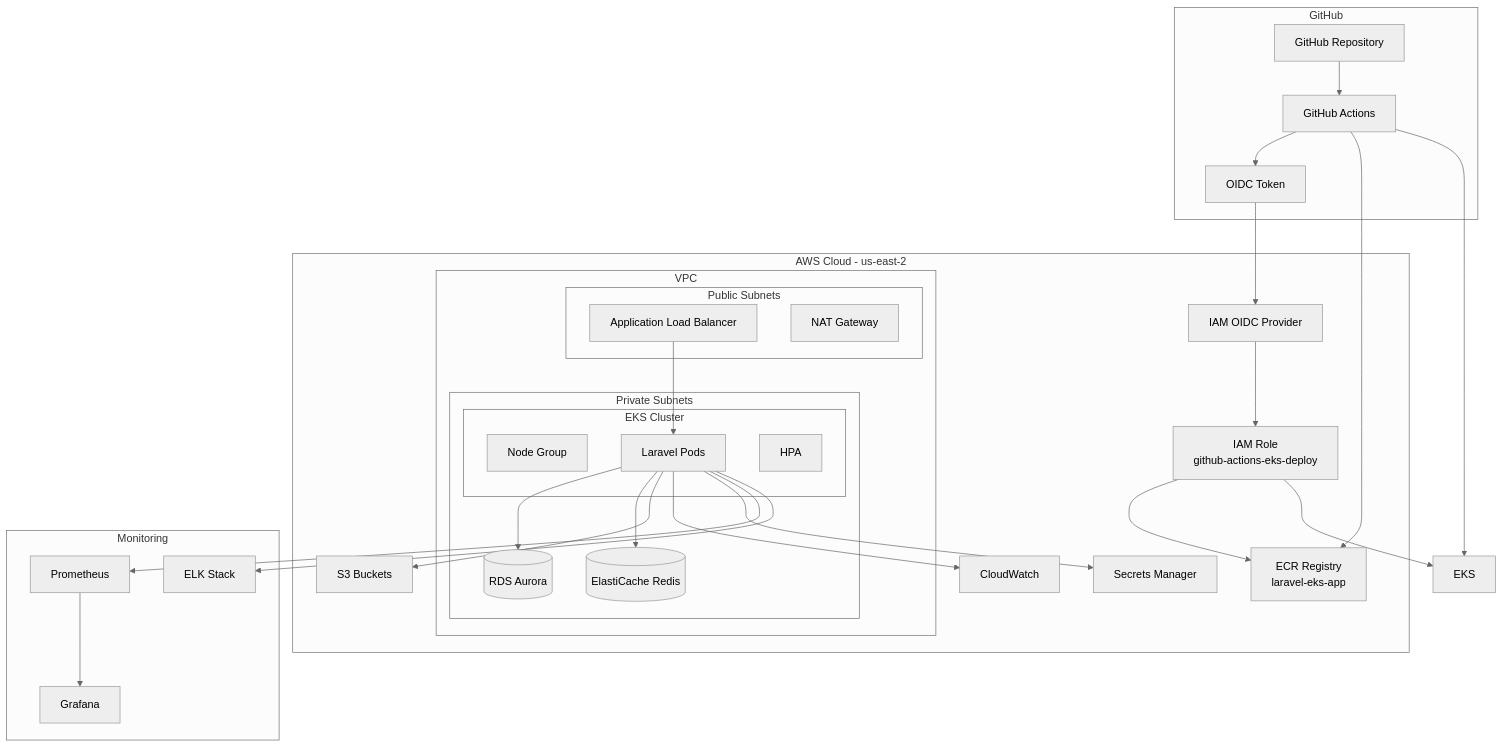
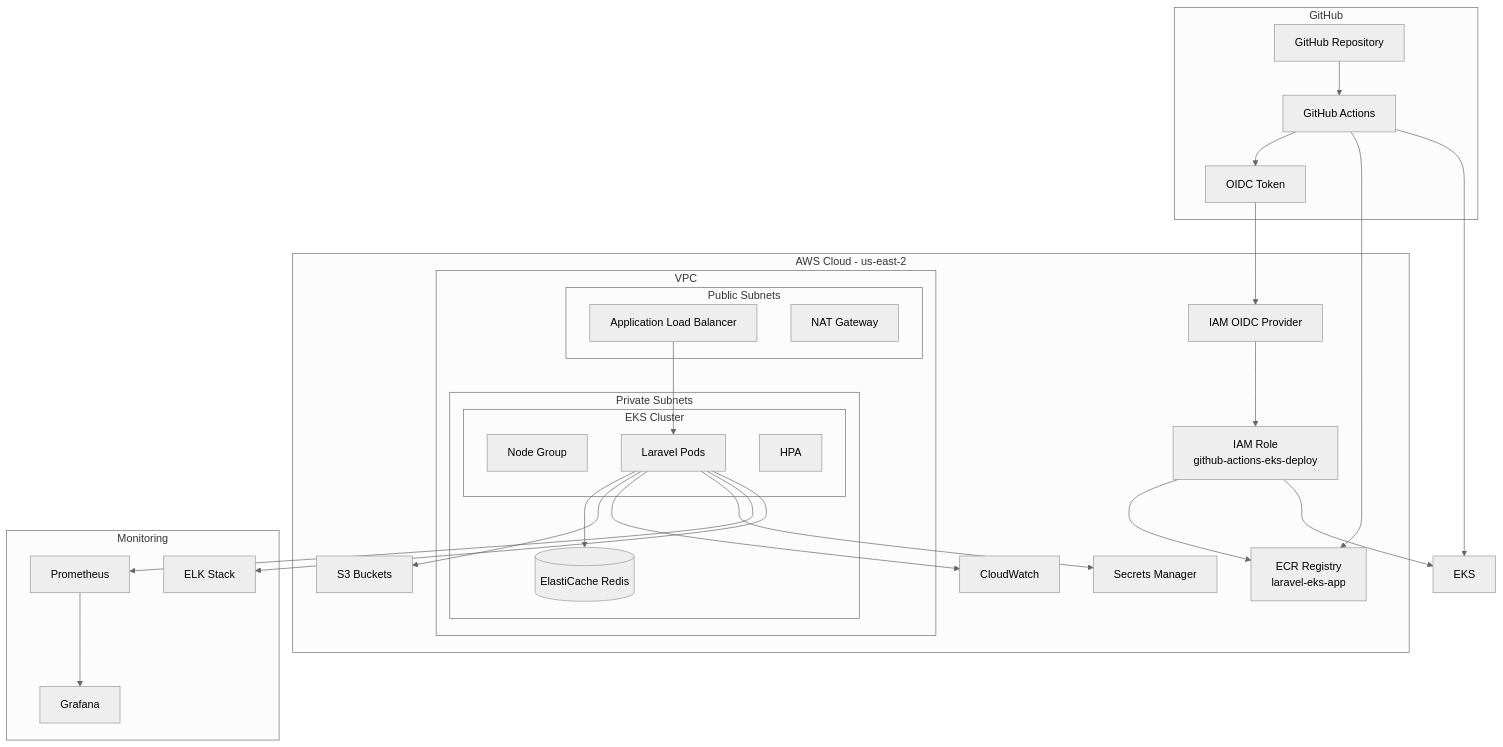
One commit to cristianorodrigues25/eks changed the diagram in README.md. Above: the diagram before and after it, drawn with Mermaid (neutral theme). The commit also changed other lines of this file, not shown here.

````diff
--- a/README.md
+++ b/README.md
@@ -40,60 +39,58 @@
 ```mermaid
 graph TB
     subgraph "GitHub"
         GH[GitHub Repository]
         GA[GitHub Actions]
         OIDC[OIDC Token]
     end
 
     subgraph "AWS Cloud - us-east-2"
         IAM[IAM OIDC Provider]
         ROLE[IAM Role<br/>github-actions-eks-deploy]
 
         subgraph "VPC"
             subgraph "Public Subnets"
                 ALB[Application Load Balancer]
                 NAT[NAT Gateway]
             end
 
             subgraph "Private Subnets"
                 subgraph "EKS Cluster"
                     NG[Node Group]
                     PODS[Laravel Pods]
                     HPA[HPA]
                 end
 
-                RDS[(RDS Aurora)]
                 REDIS[(ElastiCache Redis)]
             end
         end
 
         ECR[ECR Registry<br/>laravel-eks-app]
         S3[S3 Buckets]
         CW[CloudWatch]
         SM[Secrets Manager]
     end
 
     subgraph "Monitoring"
         PROM[Prometheus]
         GRAF[Grafana]
         ELK[ELK Stack]
     end
 
     GH --> GA
     GA --> OIDC
     OIDC --> IAM
     IAM --> ROLE
     ROLE --> ECR
     ROLE --> EKS
     GA --> ECR
     GA --> EKS
     ALB --> PODS
-    PODS --> RDS
     PODS --> REDIS
     PODS --> S3
     PODS --> CW
     PODS --> SM
     PODS --> PROM
     PROM --> GRAF
     PODS --> ELK
 ```
````
